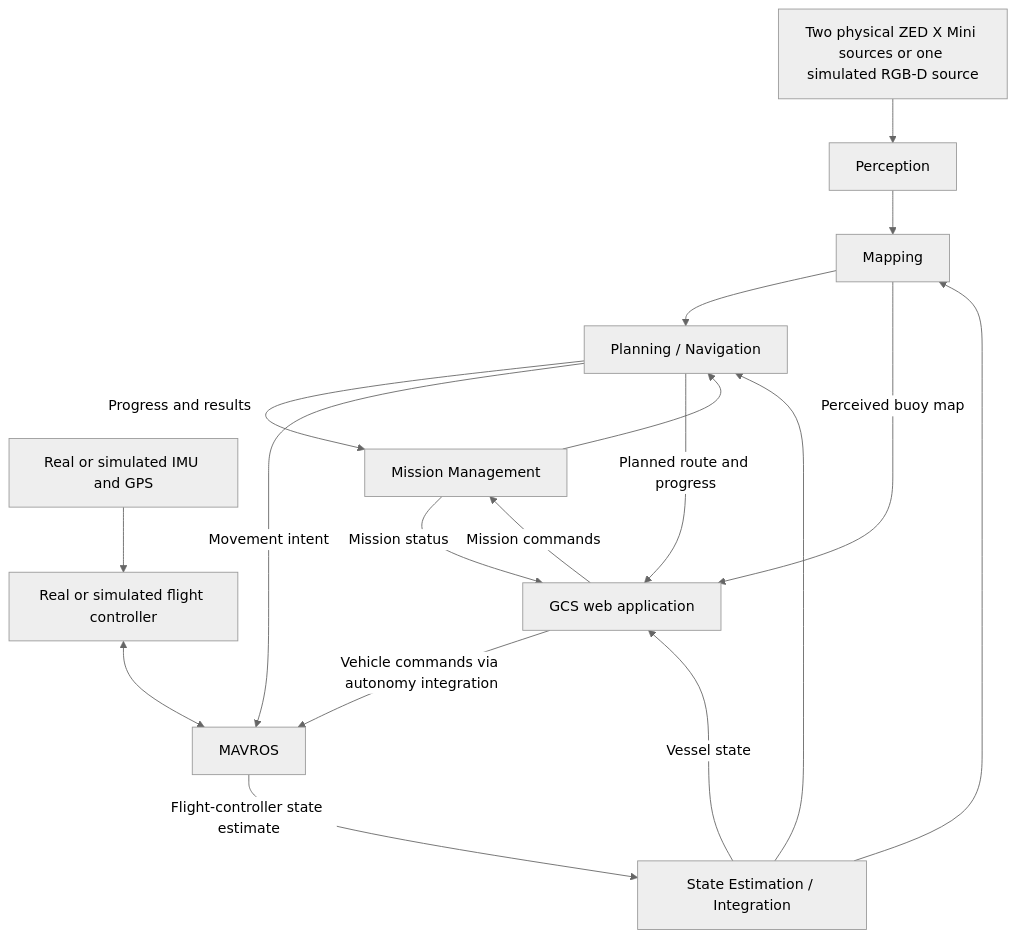
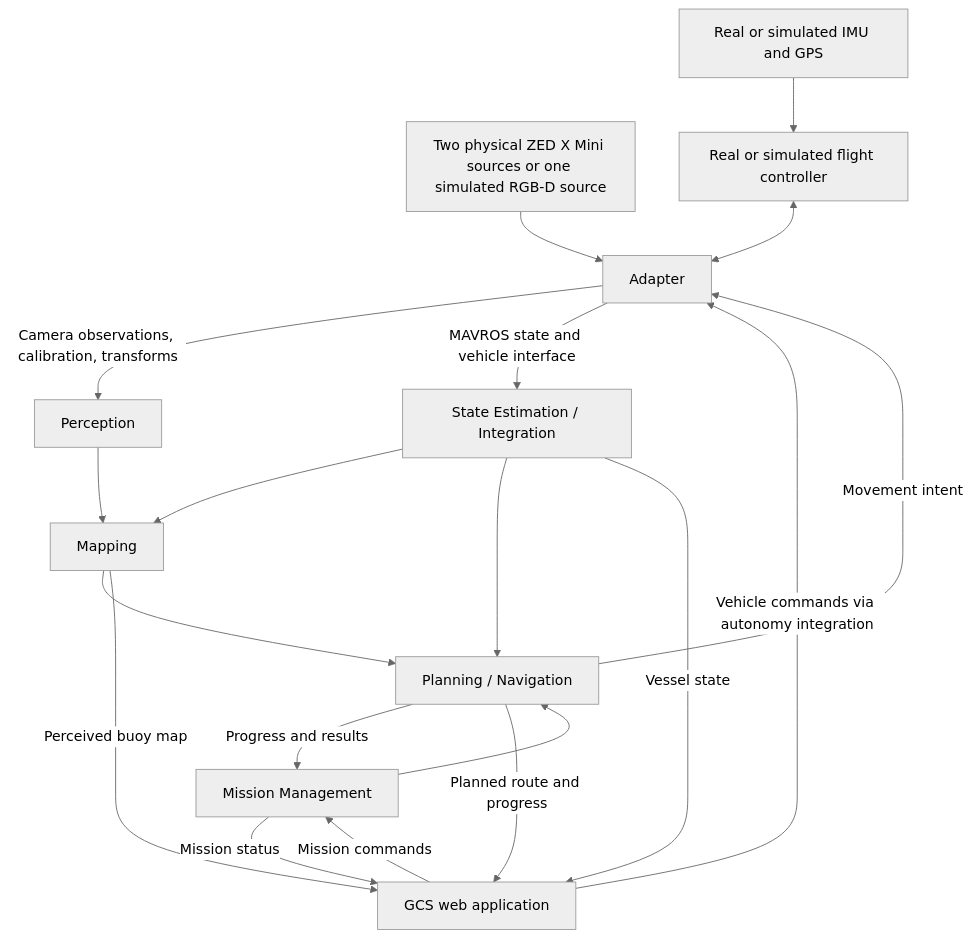
The diagram in docs/High_Level_Design.md (Purdue-NDS-RND/Maritime_2027), drawn with Mermaid (neutral theme) before and after one commit. The commit also changed other lines of this file, not shown here.

Commit message:
Adapter clarification in HL Desing. SPlit hardware and sim adapter

````diff
--- a/docs/High_Level_Design.md
+++ b/docs/High_Level_Design.md
@@ -137,20 +140,21 @@
 ```mermaid
 flowchart TD
-    Sensors[Two physical ZED X Mini sources or one simulated RGB-D source] --> Perception
+    Sensors[Two physical ZED X Mini sources or one simulated RGB-D source] --> Adapter
+    Adapter -->|Camera observations, calibration, transforms| Perception
     InertialGPS[Real or simulated IMU and GPS] --> Vehicle[Real or simulated flight controller]
-    Vehicle <--> MAVROS
-    MAVROS -->|Flight-controller state estimate| State[State Estimation / Integration]
+    Vehicle <--> Adapter
+    Adapter -->|MAVROS state and vehicle interface| State[State Estimation / Integration]
     Perception --> Mapping
     State --> Mapping
     Mapping --> Navigation[Planning / Navigation]
     State --> Navigation
     Mission[Mission Management] --> Navigation
     Navigation -->|Progress and results| Mission
-    Navigation -->|Movement intent| MAVROS
+    Navigation -->|Movement intent| Adapter
     GCS[GCS web application] -->|Mission commands| Mission
-    GCS -->|Vehicle commands via autonomy integration| MAVROS
+    GCS -->|Vehicle commands via autonomy integration| Adapter
     Mission -->|Mission status| GCS
     Mapping -->|Perceived buoy map| GCS
     State -->|Vessel state| GCS
     Navigation -->|Planned route and progress| GCS
 ```
````
